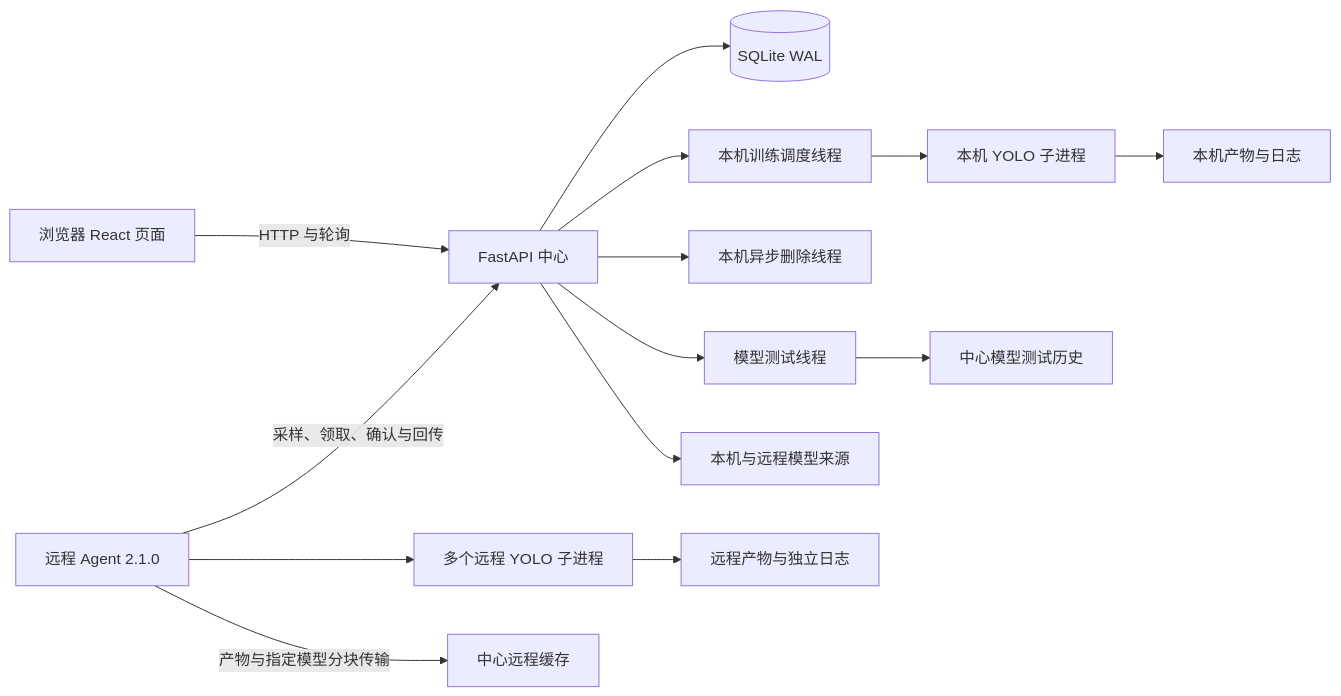
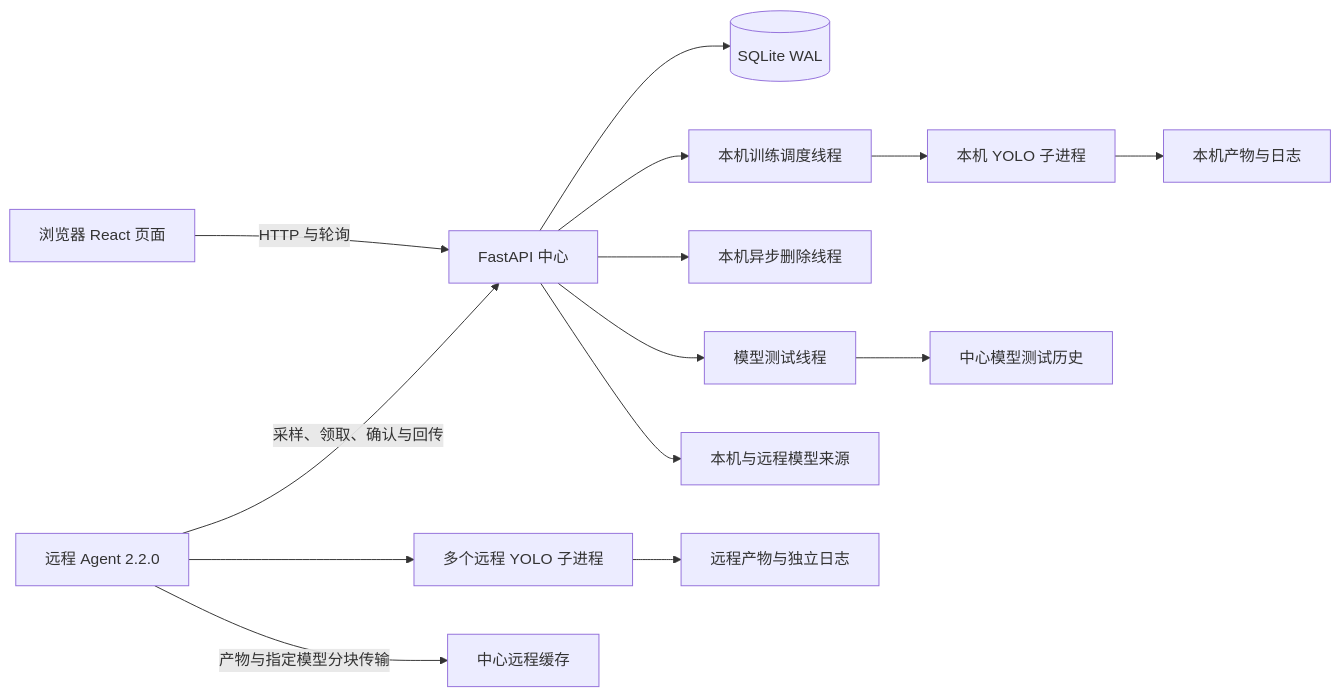
The diagram in docs/project-analysis.md (scsg666g/yolo-xlpt), drawn with Mermaid before and after one commit. The commit also changed other lines of this file and 25 other files, not shown here.

````diff
--- a/docs/project-analysis.md
+++ b/docs/project-analysis.md
@@ -112,16 +117,16 @@
 ```mermaid
 flowchart LR
     UI[浏览器 React 页面] -->|HTTP 与轮询| API[FastAPI 中心]
     API --> DB[(SQLite WAL)]
     API --> S[本机训练调度线程]
     S --> CLI[本机 YOLO 子进程]
     CLI --> FS[本机产物与日志]
     API --> D[本机异步删除线程]
     API --> I[模型测试线程]
     I --> MH[中心模型测试历史]
     API --> MA[本机与远程模型来源]
-    AG[远程 Agent 2.1.0] -->|采样、领取、确认与回传| API
+    AG[远程 Agent 2.2.0] -->|采样、领取、确认与回传| API
     AG --> RC[多个远程 YOLO 子进程]
     RC --> RF[远程产物与独立日志]
     AG -->|产物与指定模型分块传输| CACHE[中心远程缓存]
 ```
````
